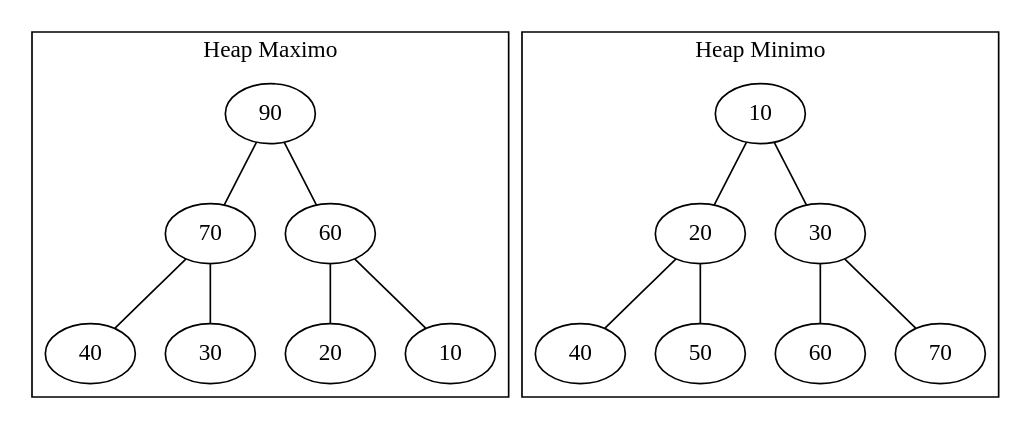
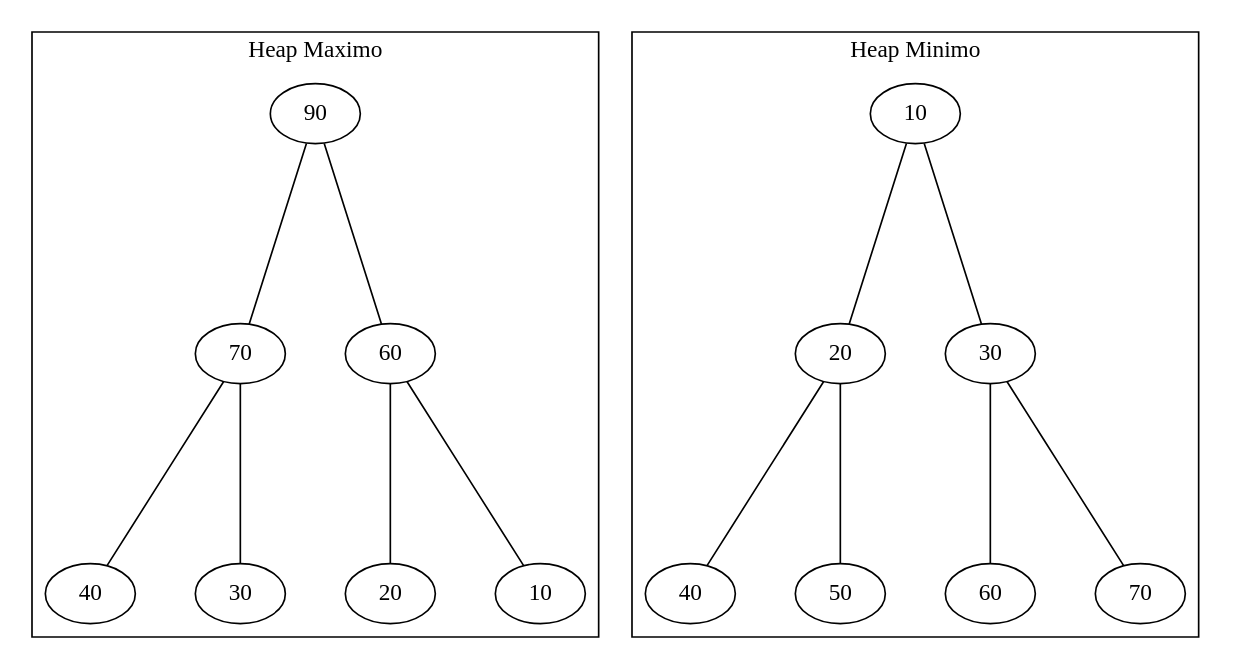
The diagram in q2_54_heap.dot (davigledson/graph_studies), drawn with Graphviz before and after one commit. The commit also changed 27 other files, not shown here.

```diff
--- a/q2_54_heap.dot
+++ b/q2_54_heap.dot
@@ -1,45 +1,47 @@
 graph Heaps {
+    rankdir=TB
+    ranksep=1.5
+    nodesep=0.5
 
-    rankdir=TB
-
-    // Heap Máximo
     subgraph cluster_heap_max {
         label="Heap Maximo"
+        
 
+        // Max-heap: pai sempre maior que filhos
         A -- B
         A -- C
         B -- D
         B -- E
         C -- F
         C -- G
 
         A [label="90"]
         B [label="70"]
         C [label="60"]
         D [label="40"]
         E [label="30"]
         F [label="20"]
         G [label="10"]
     }
 
-    // Heap Mínimo
     subgraph cluster_heap_min {
         label="Heap Minimo"
+        
 
+        // Min-heap: pai sempre menor que filhos
         H -- I
         H -- J
         I -- K
         I -- L
         J -- M
         J -- N
 
         H [label="10"]
         I [label="20"]
         J [label="30"]
         K [label="40"]
         L [label="50"]
         M [label="60"]
         N [label="70"]
     }
-
 }
```
